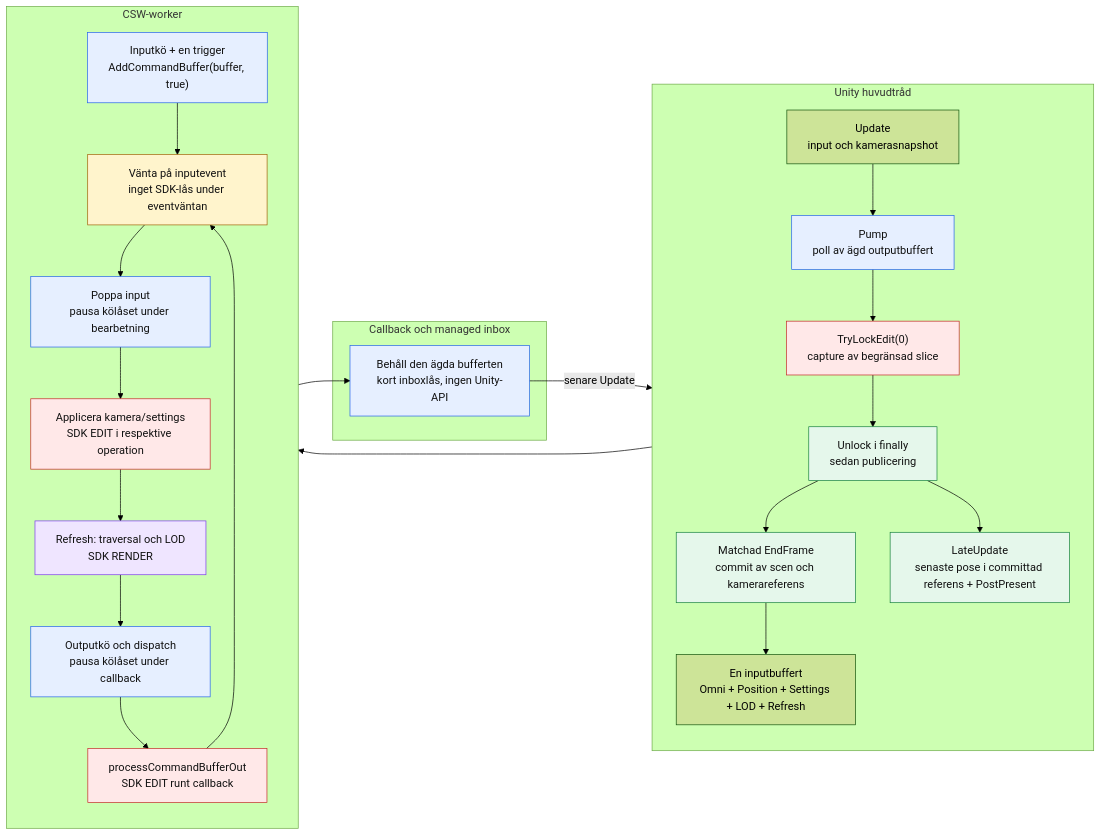
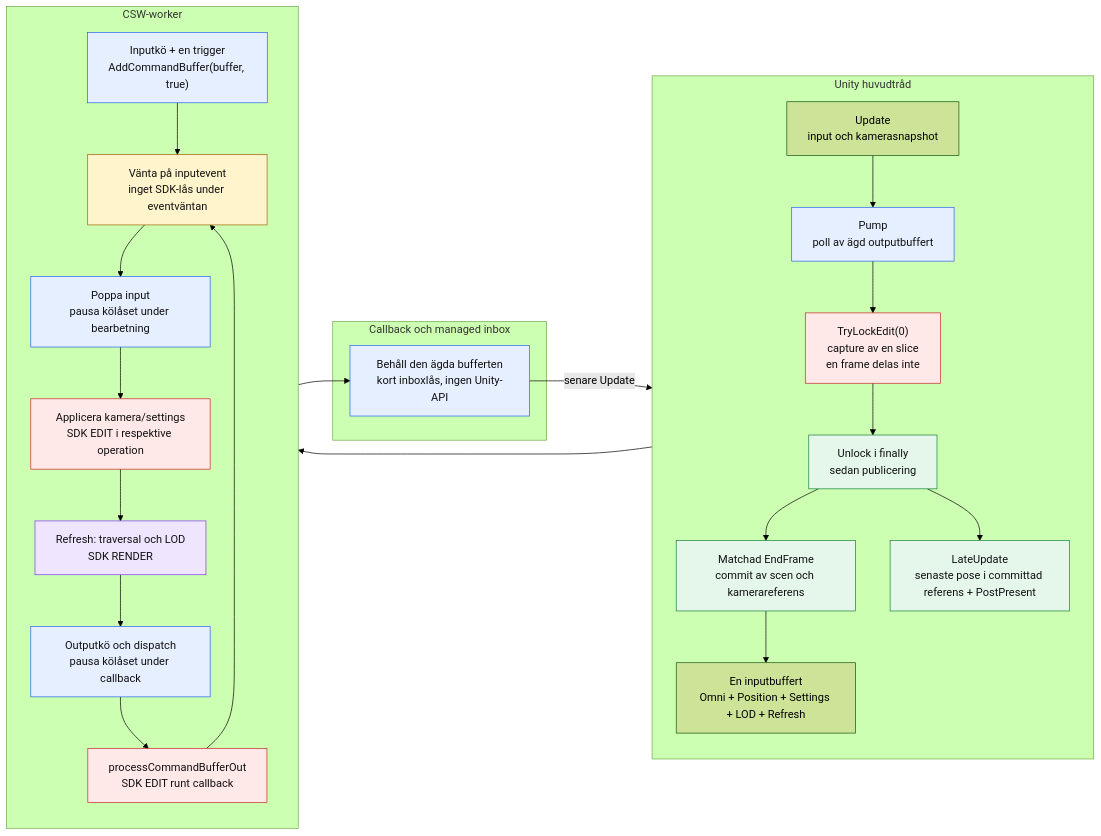
The first of 12 diagrams in docs/design/command-loop-and-locks.md (ToolTech/CSWUnity), drawn with Mermaid (forest theme) before and after one commit. The commit also changed other lines of this file and 107 other files, not shown here.

````diff
--- a/docs/design/command-loop-and-locks.md
+++ b/docs/design/command-loop-and-locks.md
@@ -47,43 +47,43 @@
 ```mermaid
 flowchart LR
     subgraph UNITY["Unity huvudtråd"]
         direction TB
         U0["Update<br/>input och kamerasnapshot"]
         U1["Pump<br/>poll av ägd outputbuffert"]
-        U2["TryLockEdit(0)<br/>capture av begränsad slice"]
+        U2["TryLockEdit(0)<br/>capture av en slice<br/>en frame delas inte"]
         U3["Unlock i finally<br/>sedan publicering"]
         U4["Matchad EndFrame<br/>commit av scen och kamerareferens"]
         U5["En inputbuffert<br/>Omni + Position + Settings + LOD + Refresh"]
         U6["LateUpdate<br/>senaste pose i committad referens + PostPresent"]
         U0 --> U1 --> U2 --> U3 --> U4 --> U5
         U3 --> U6
     end
     subgraph NATIVE["CSW-worker"]
         direction TB
         N0["Inputkö + en trigger<br/>AddCommandBuffer(buffer, true)"]
         N1["Vänta på inputevent<br/>inget SDK-lås under eventväntan"]
         N2["Poppa input<br/>pausa kölåset under bearbetning"]
         N3["Applicera kamera/settings<br/>SDK EDIT i respektive operation"]
         N4["Refresh: traversal och LOD<br/>SDK RENDER"]
         N5["Outputkö och dispatch<br/>pausa kölåset under callback"]
         N6["processCommandBufferOut<br/>SDK EDIT runt callback"]
         N0 --> N1 --> N2 --> N3 --> N4 --> N5 --> N6
         N6 --> N1
     end
     subgraph HANDOFF["Callback och managed inbox"]
         I0["Behåll den ägda bufferten<br/>kort inboxlås, ingen Unity-API"]
     end
     U5 --> N0
     N6 --> I0
     I0 -->|"senare Update"| U1
     classDef edit fill:#ffe8e8,stroke:#c62828,color:#111;
     classDef render fill:#efe5ff,stroke:#7c3aed,color:#111;
     classDef queue fill:#e6efff,stroke:#2563eb,color:#111;
     classDef publish fill:#e5f7eb,stroke:#15803d,color:#111;
     classDef pending fill:#fff4cc,stroke:#a16207,color:#111;
     class U2,N3,N6 edit;
     class N4 render;
     class U1,N0,N2,N5,I0 queue;
     class U3,U4,U6 publish;
     class N1 pending;
 ```
````
